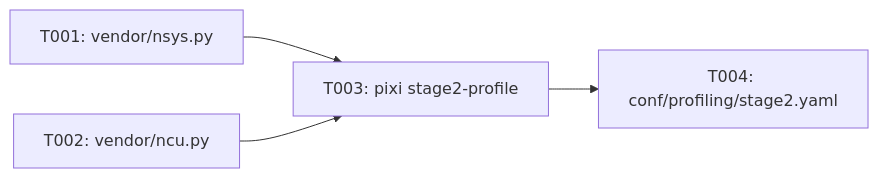
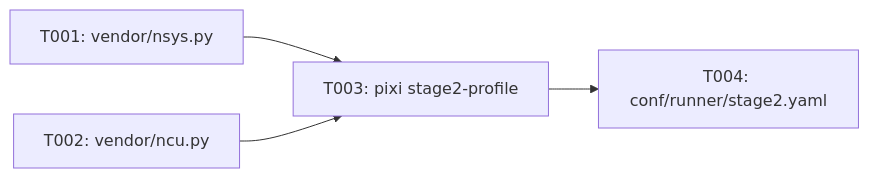
The diagram in context/tasks/002-nvidia-llm-profiling/impl-phase-1-setup.md (CodeGandee/llm-perf-opt), drawn with Mermaid before and after one commit. The commit also changed other lines of this file and 3 other files, not shown here.

Commit message:
docs(stage2): reference conf/runner/stage2.yaml for runner config across tasks and phase guides; leave conf/profiling for profiler presets

````diff
--- a/context/tasks/002-nvidia-llm-profiling/impl-phase-1-setup.md
+++ b/context/tasks/002-nvidia-llm-profiling/impl-phase-1-setup.md
@@ -66,6 +66,6 @@
 ```mermaid
 graph LR
     A[T001: vendor/nsys.py] --> C[T003: pixi stage2-profile]
     B[T002: vendor/ncu.py]  --> C
-    C --> D[T004: conf/profiling/stage2.yaml]
+    C --> D[T004: conf/runner/stage2.yaml]
 ```
````
